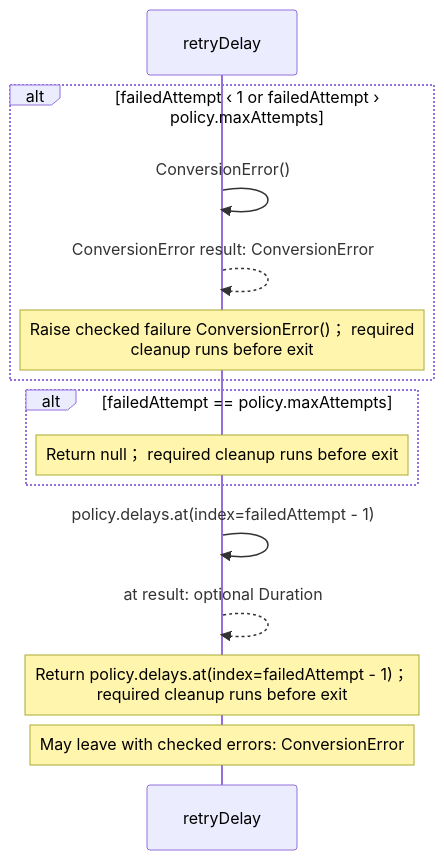
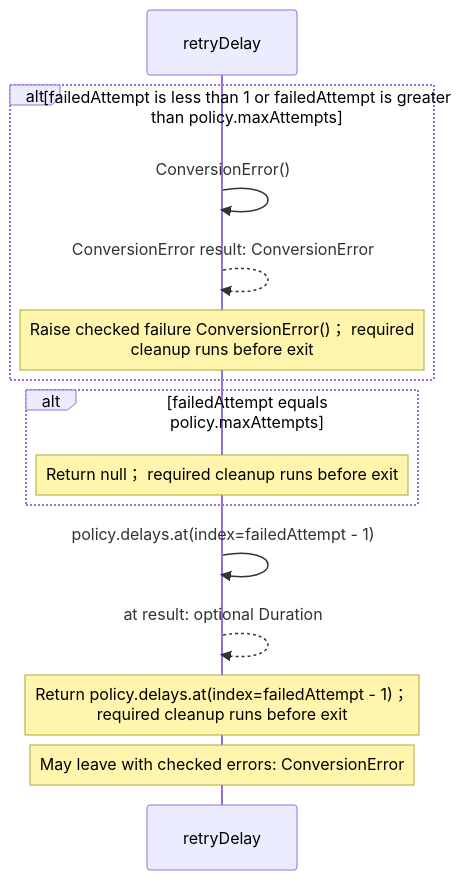
The second of 2 diagrams in src/stdlib/values/retries.aug.diagrams.md (GreenPandaStudios/augscript), drawn with Mermaid before and after one commit. The commit also changed other lines of this file and 658 other files, not shown here.

````diff
--- a/src/stdlib/values/retries.aug.diagrams.md
+++ b/src/stdlib/values/retries.aug.diagrams.md
@@ -50,17 +65,17 @@
 ```mermaid
 sequenceDiagram
     participant p0 as retryDelay
 
-    alt failedAttempt ‹ 1 or failedAttempt › policy.maxAttempts
+    alt failedAttempt is less than 1 or failedAttempt is greater<br/>than policy.maxAttempts
     p0->>p0: ConversionError()
     p0-->>p0: ConversionError result: ConversionError
     Note over p0: Raise checked failure ConversionError()； required<br/>cleanup runs before exit
     end
-    alt failedAttempt == policy.maxAttempts
+    alt failedAttempt equals policy.maxAttempts
     Note over p0: Return null； required cleanup runs before exit
     end
     p0->>p0: policy.delays.at(index=failedAttempt - 1)
     p0-->>p0: at result: optional Duration
     Note over p0: Return policy.delays.at(index=failedAttempt - 1)；<br/>required cleanup runs before exit
     Note over p0: May leave with checked errors: ConversionError
 ```
````
